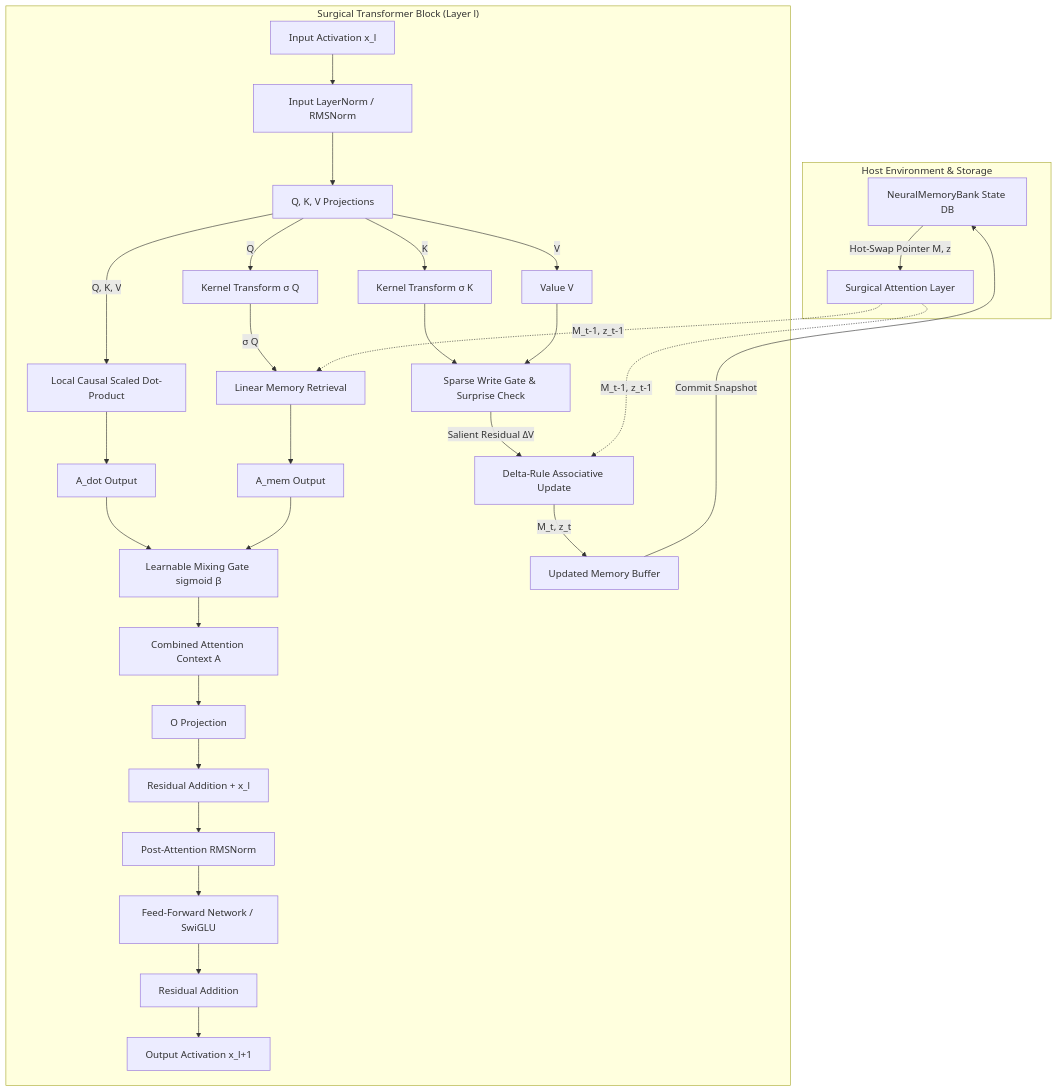
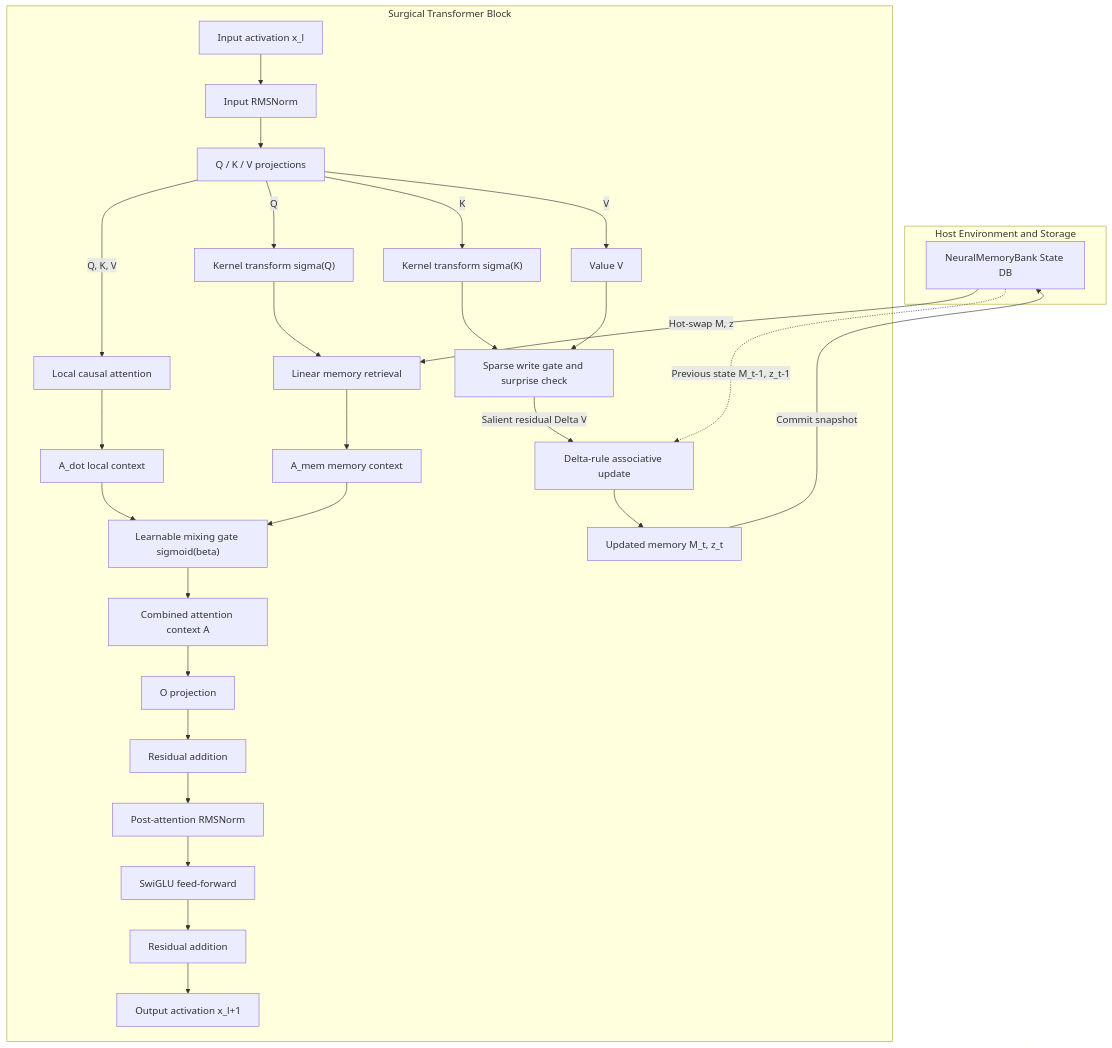
Before and after one commit to Vtheonly/infiniChatbot: the first of 16 diagrams in README.md, drawn with Mermaid. The commit also changed other lines of this file, not shown here.

Commit message:
docs: replace README diagrams with valid Mermaid

````diff
--- a/README.md
+++ b/README.md
@@ -49,38 +49,46 @@
 ```mermaid
-graph TD
-    subgraph "Host Environment & Storage"
-        NMB[NeuralMemoryBank State DB] -->|Hot-Swap Pointer M, z| SM[Surgical Attention Layer]
+flowchart TD
+    subgraph HOST["Host Environment and Storage"]
+        NMB["NeuralMemoryBank State DB"]
     end
 
-    subgraph "Surgical Transformer Block (Layer l)"
-        In[Input Activation x_l] --> LN1[Input LayerNorm / RMSNorm]
-        LN1 --> Proj[Q, K, V Projections]
-        
-        Proj -->|Q, K, V| LocalAttn[Local Causal Scaled Dot-Product]
-        LocalAttn --> A_dot[A_dot Output]
-        
-        Proj -->|Q| KernelQ[Kernel Transform σ Q]
-        Proj -->|K| KernelK[Kernel Transform σ K]
-        Proj -->|V| ValueV[Value V]
-        
-        KernelQ -->|σ Q| MemRead[Linear Memory Retrieval]
-        SM -.->|M_t-1, z_t-1| MemRead
-        MemRead --> A_mem[A_mem Output]
-        
-        A_dot & A_mem --> Gating[Learnable Mixing Gate sigmoid β]
-        Gating --> AttnOut[Combined Attention Context A]
-        
-        KernelK & ValueV --> WriteGate[Sparse Write Gate & Surprise Check]
-        WriteGate -->|Salient Residual ΔV| MemUpdate[Delta-Rule Associative Update]
-        SM -.->|M_t-1, z_t-1| MemUpdate
-        MemUpdate -->|M_t, z_t| OutState[Updated Memory Buffer]
-        OutState -->|Commit Snapshot| NMB
-        
-        AttnOut --> OutProj[O Projection]
-        OutProj --> Res1[Residual Addition + x_l]
-        Res1 --> LN2[Post-Attention RMSNorm]
-        LN2 --> MLP[Feed-Forward Network / SwiGLU]
-        MLP --> Res2[Residual Addition]
-        Res2 --> Out[Output Activation x_l+1]
+    subgraph BLOCK["Surgical Transformer Block"]
+        IN["Input activation x_l"]
+        LN1["Input RMSNorm"]
+        PROJ["Q / K / V projections"]
+        LOCAL["Local causal attention"]
+        ADOT["A_dot local context"]
+        KQ["Kernel transform sigma(Q)"]
+        KK["Kernel transform sigma(K)"]
+        VV["Value V"]
+        READ["Linear memory retrieval"]
+        AMEM["A_mem memory context"]
+        GATE["Learnable mixing gate sigmoid(beta)"]
+        COMB["Combined attention context A"]
+        WRITE["Sparse write gate and surprise check"]
+        UPDATE["Delta-rule associative update"]
+        STATE["Updated memory M_t, z_t"]
+        OPROJ["O projection"]
+        RES1["Residual addition"]
+        LN2["Post-attention RMSNorm"]
+        MLP["SwiGLU feed-forward"]
+        RES2["Residual addition"]
+        OUT["Output activation x_l+1"]
     end
+
+    NMB -->|"Hot-swap M, z"| READ
+    NMB -.->|"Previous state M_t-1, z_t-1"| UPDATE
+    IN --> LN1 --> PROJ
+    PROJ -->|"Q, K, V"| LOCAL --> ADOT
+    PROJ -->|"Q"| KQ --> READ --> AMEM
+    PROJ -->|"K"| KK
+    PROJ -->|"V"| VV
+    ADOT --> GATE
+    AMEM --> GATE
+    GATE --> COMB --> OPROJ --> RES1 --> LN2 --> MLP --> RES2 --> OUT
+    KK --> WRITE
+    VV --> WRITE
+    WRITE -->|"Salient residual Delta V"| UPDATE
+    UPDATE --> STATE
+    STATE -->|"Commit snapshot"| NMB
 ```
````
